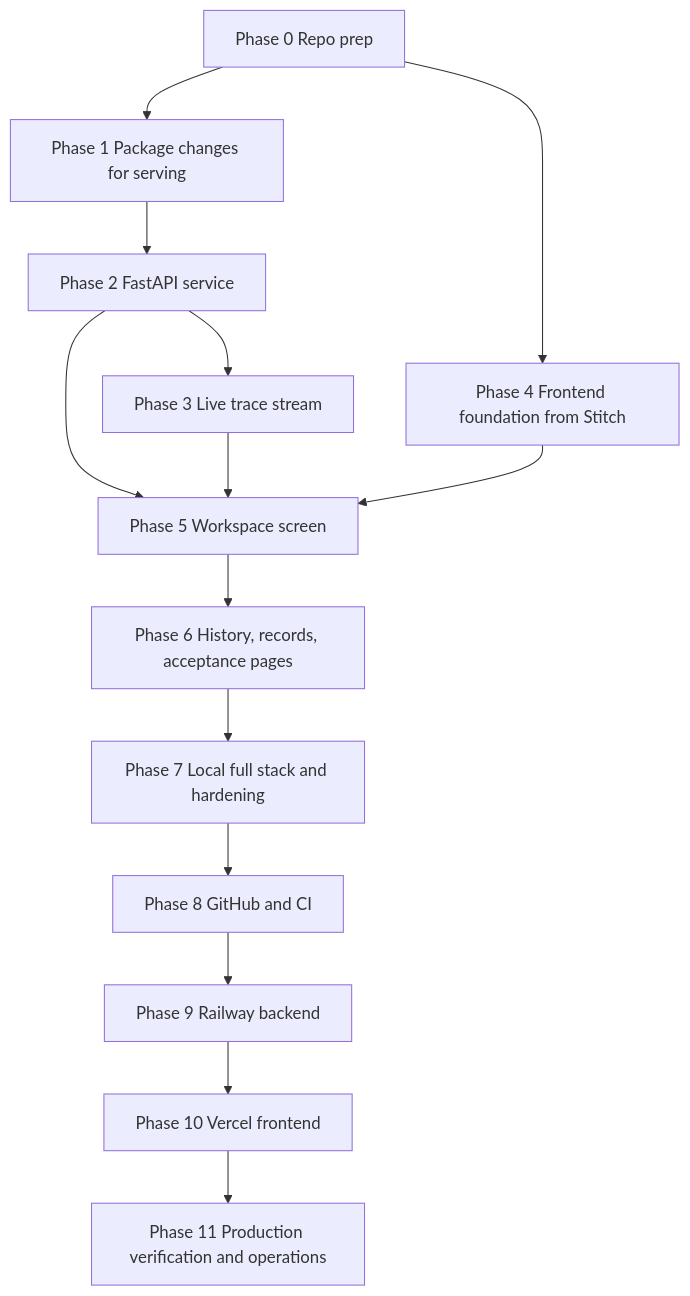
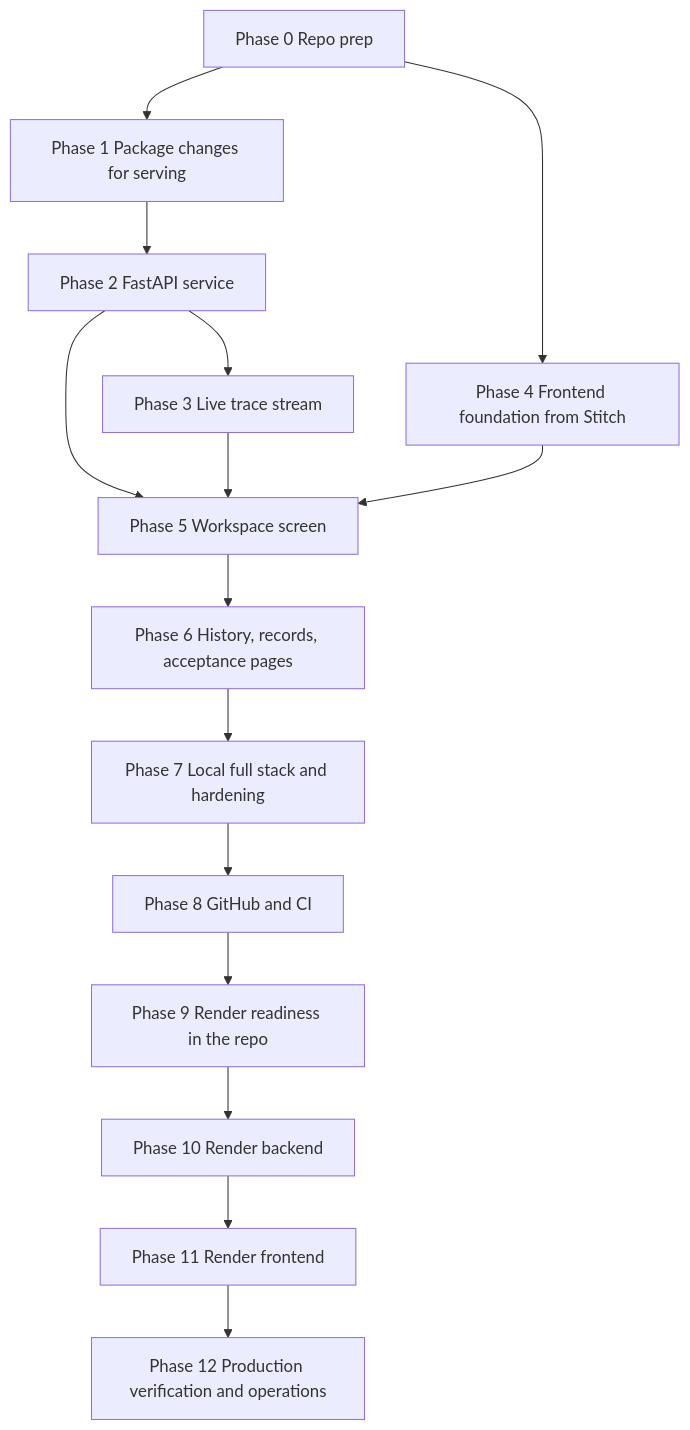
One commit to ganeshkondaveeti/multi-agentic-system changed the second of 2 diagrams in docs/deployment-plan.md. Above: the diagram before and after it, drawn with Mermaid. The commit also changed other lines of this file and 12 other files, not shown here.

````diff
--- a/docs/deployment-plan.md
+++ b/docs/deployment-plan.md
@@ -85,21 +99,22 @@
 ```mermaid
 flowchart TD
   P0[Phase 0 Repo prep]
   P1[Phase 1 Package changes for serving]
   P2[Phase 2 FastAPI service]
   P3[Phase 3 Live trace stream]
   P4[Phase 4 Frontend foundation from Stitch]
   P5[Phase 5 Workspace screen]
   P6[Phase 6 History, records, acceptance pages]
   P7[Phase 7 Local full stack and hardening]
   P8[Phase 8 GitHub and CI]
-  P9[Phase 9 Railway backend]
-  P10[Phase 10 Vercel frontend]
-  P11[Phase 11 Production verification and operations]
+  P9[Phase 9 Render readiness in the repo]
+  P10[Phase 10 Render backend]
+  P11[Phase 11 Render frontend]
+  P12[Phase 12 Production verification and operations]
 
   P0 --> P1 --> P2 --> P3
   P0 --> P4
   P2 --> P5
   P3 --> P5
-  P4 --> P5 --> P6 --> P7 --> P8 --> P9 --> P10 --> P11
+  P4 --> P5 --> P6 --> P7 --> P8 --> P9 --> P10 --> P11 --> P12
 ```
````
